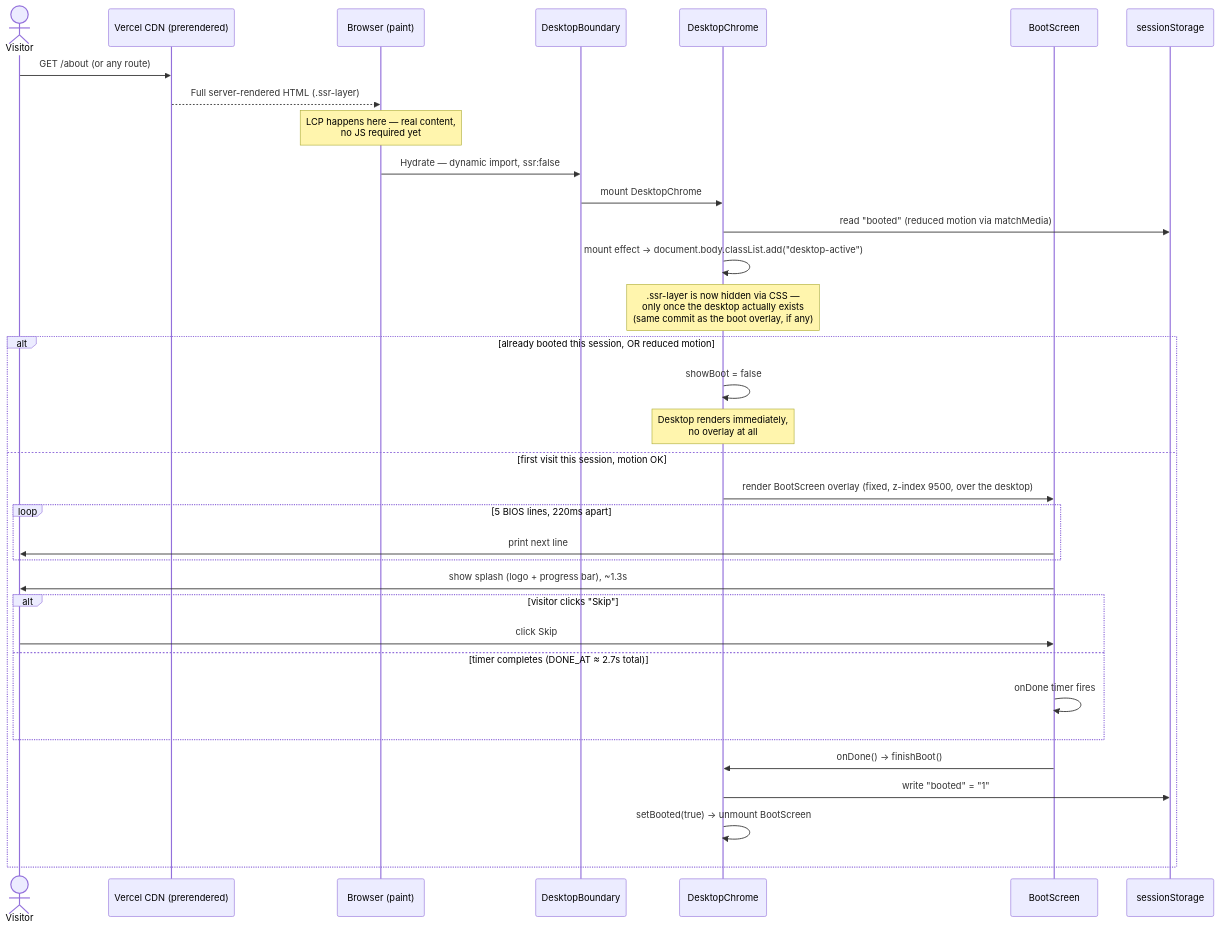
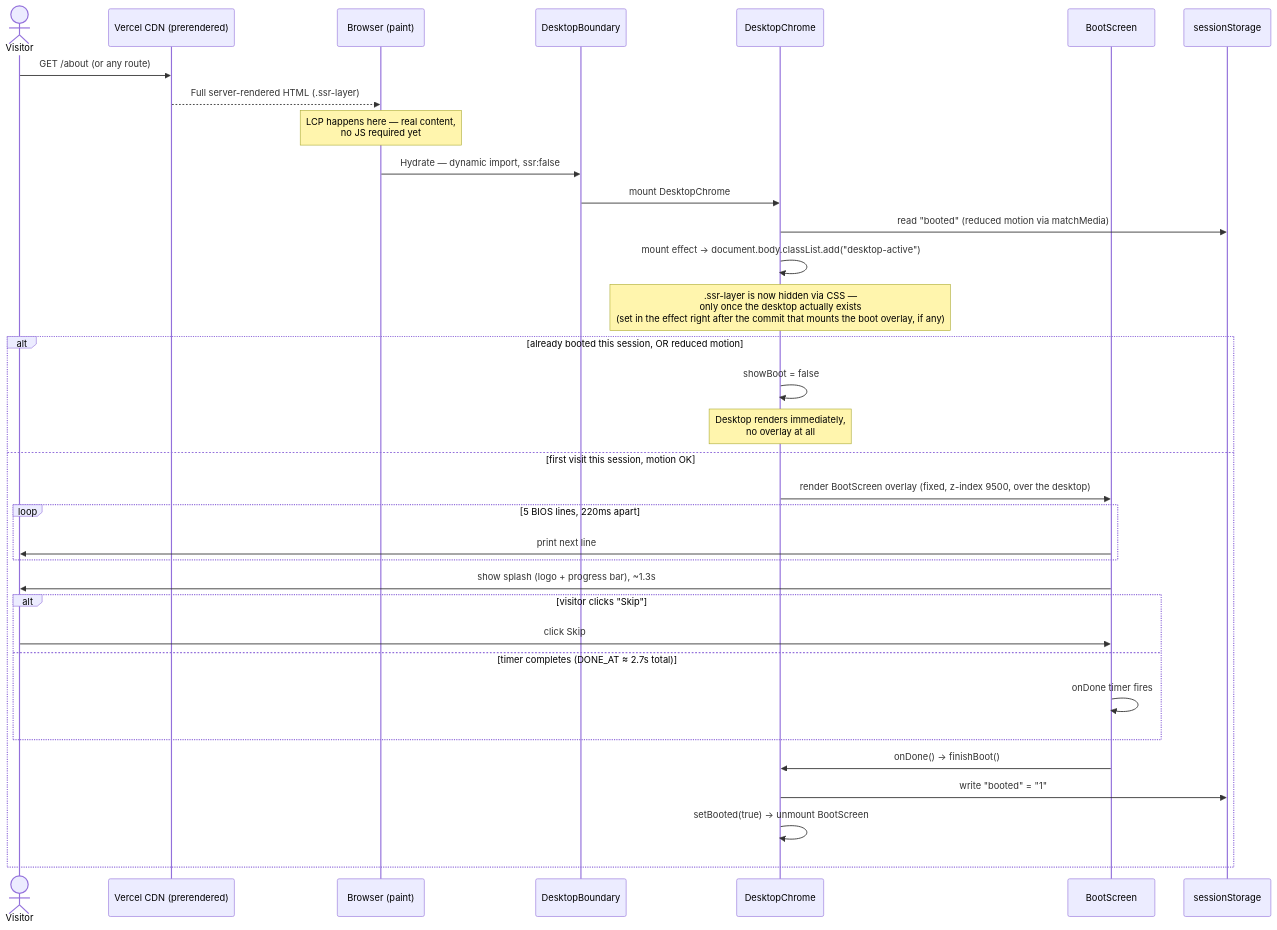
The diagram in diagrams/boot-sequence.md (carterptull/personal-portfolio-website), drawn with Mermaid before and after one commit. The commit also changed 3 other files, not shown here.

Commit message:
Aligned the remaining diagram stamps to v1.2.1 and tightened two sentences.

````diff
--- a/diagrams/boot-sequence.md
+++ b/diagrams/boot-sequence.md
@@ -7,39 +7,39 @@
 ```mermaid
 sequenceDiagram
     actor V as Visitor
     participant S as Vercel CDN (prerendered)
     participant B as Browser (paint)
     participant DB as DesktopBoundary
     participant DC as DesktopChrome
     participant BS as BootScreen
     participant SS as sessionStorage
 
     V->>S: GET /about (or any route)
     S-->>B: Full server-rendered HTML (.ssr-layer)
     Note over B: LCP happens here — real content,<br/>no JS required yet
 
     B->>DB: Hydrate — dynamic import, ssr:false
     DB->>DC: mount DesktopChrome
     DC->>SS: read "booted" (reduced motion via matchMedia)
     DC->>DC: mount effect → document.body.classList.add("desktop-active")
-    Note over DC: .ssr-layer is now hidden via CSS —<br/>only once the desktop actually exists<br/>(same commit as the boot overlay, if any)
+    Note over DC: .ssr-layer is now hidden via CSS —<br/>only once the desktop actually exists<br/>(set in the effect right after the commit that mounts the boot overlay, if any)
 
     alt already booted this session, OR reduced motion
         DC->>DC: showBoot = false
         Note over DC: Desktop renders immediately,<br/>no overlay at all
     else first visit this session, motion OK
         DC->>BS: render BootScreen overlay (fixed, z-index 9500, over the desktop)
         loop 5 BIOS lines, 220ms apart
             BS->>V: print next line
         end
         BS->>V: show splash (logo + progress bar), ~1.3s
         alt visitor clicks "Skip"
             V->>BS: click Skip
         else timer completes (DONE_AT ≈ 2.7s total)
             BS->>BS: onDone timer fires
         end
         BS->>DC: onDone() → finishBoot()
         DC->>SS: write "booted" = "1"
         DC->>DC: setBooted(true) → unmount BootScreen
     end
 ```
````
